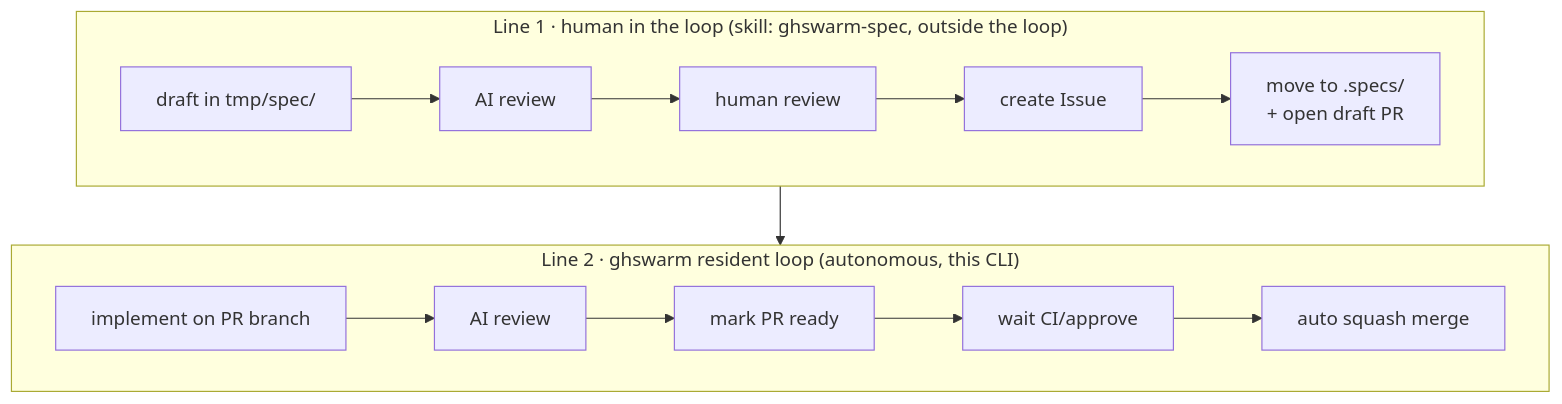
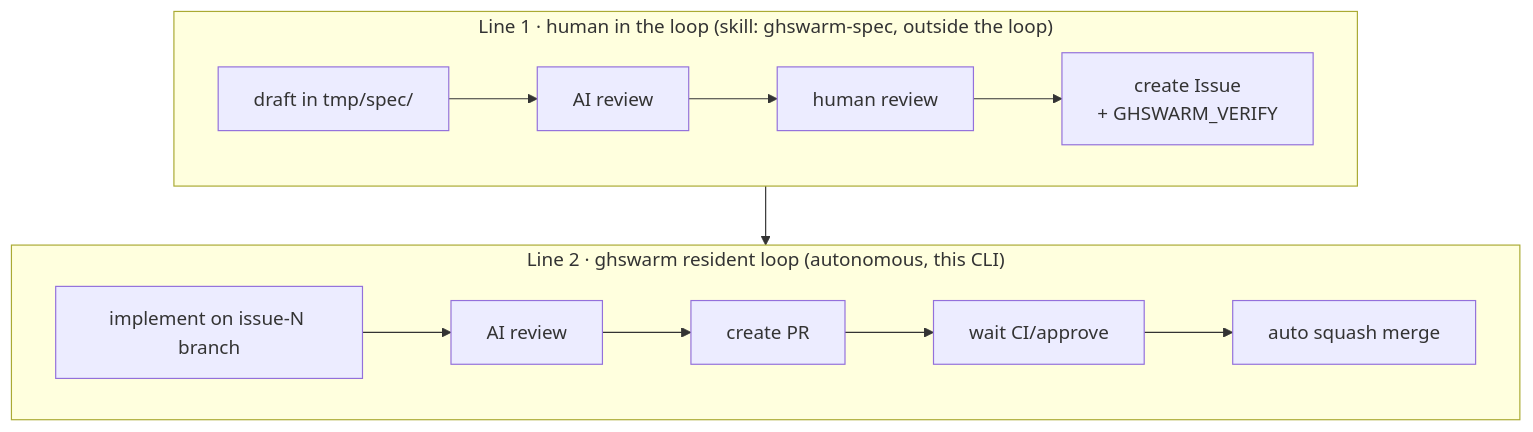
One commit to toyama0919/ghswarm changed the first of 2 diagrams in README.md. Above: the diagram before and after it, drawn with Mermaid. The commit also changed other lines of this file and 25 other files, not shown here.

First line of the commit message:
Make the GitHub Issue the single source of the spec (#12) (#13)

````diff
--- a/README.md
+++ b/README.md
@@ -17,12 +17,12 @@
 ```mermaid
 flowchart TB
   subgraph L1["Line 1 · human in the loop (skill: ghswarm-spec, outside the loop)"]
     direction LR
-    A1[draft in tmp/spec/] --> A2[AI review] --> A3[human review] --> A4[create Issue] --> A5[move to .specs/<br/>+ open draft PR]
+    A1[draft in tmp/spec/] --> A2[AI review] --> A3[human review] --> A4[create Issue<br/>+ GHSWARM_VERIFY]
   end
   subgraph L2["Line 2 · ghswarm resident loop (autonomous, this CLI)"]
     direction LR
-    B1[implement on PR branch] --> B2[AI review] --> B3[mark PR ready] --> B4[wait CI/approve] --> B5[auto squash merge]
+    B1[implement on issue-N branch] --> B2[AI review] --> B3[create PR] --> B4[wait CI/approve] --> B5[auto squash merge]
   end
   L1 --> L2
 ```
````
